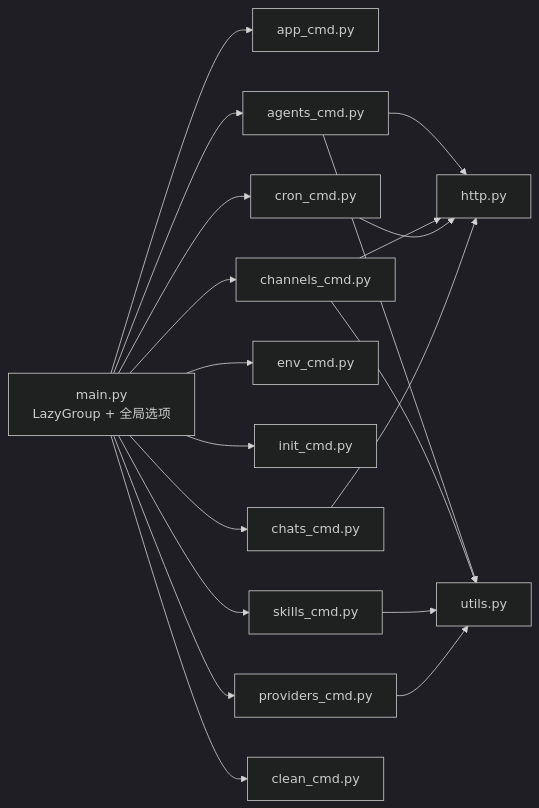
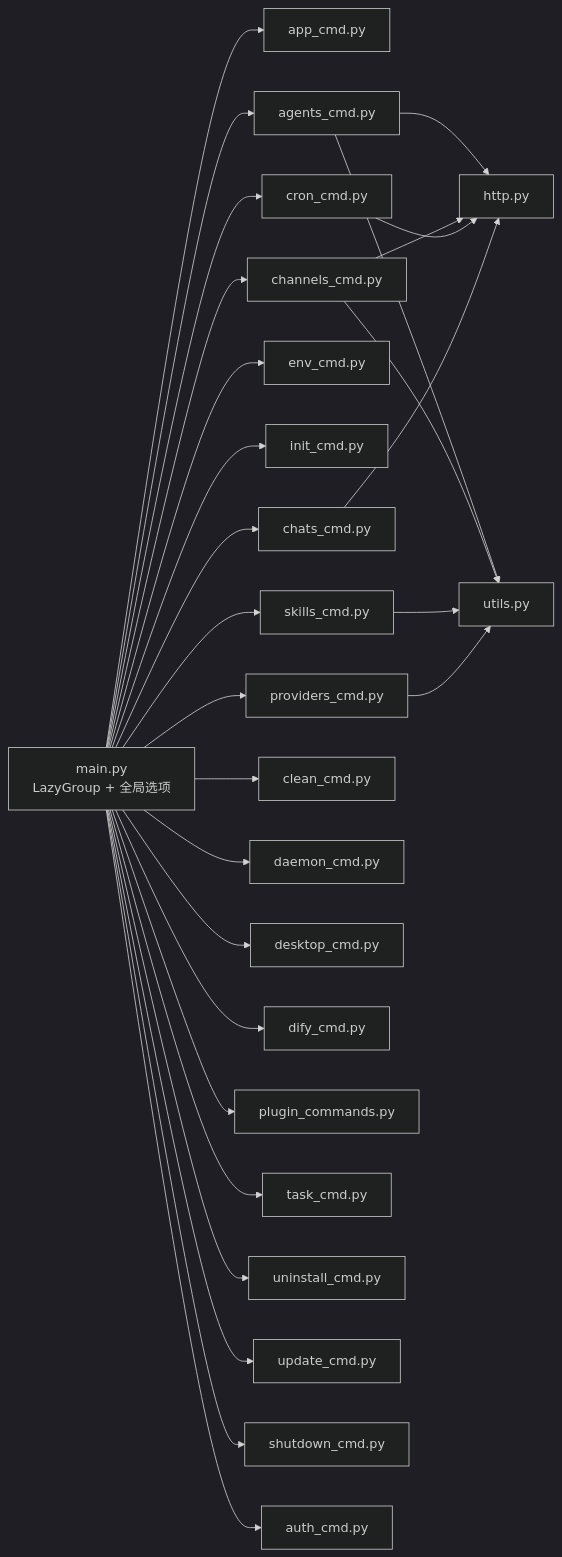
The third of 3 diagrams in .qoder/repowiki/zh/content/API 参考/命令行接口.md (joezxh/CoPaw), drawn with Mermaid (dark theme) before and after one commit. The commit also changed other lines of this file and 117 other files, not shown here.

````diff
--- a/.qoder/repowiki/zh/content/API 参考/命令行接口.md
+++ b/.qoder/repowiki/zh/content/API 参考/命令行接口.md
@@ -313,21 +414,30 @@
 ```mermaid
 graph LR
 MAIN["main.py<br/>LazyGroup + 全局选项"] --> APP["app_cmd.py"]
 MAIN --> AG["agents_cmd.py"]
 MAIN --> CH["channels_cmd.py"]
 MAIN --> CR["cron_cmd.py"]
 MAIN --> ENV["env_cmd.py"]
 MAIN --> INIT["init_cmd.py"]
 MAIN --> SK["skills_cmd.py"]
 MAIN --> PV["providers_cmd.py"]
 MAIN --> CJ["chats_cmd.py"]
 MAIN --> CL["clean_cmd.py"]
+MAIN --> DA["daemon_cmd.py"]
+MAIN --> DT["desktop_cmd.py"]
+MAIN --> DF["dify_cmd.py"]
+MAIN --> PL["plugin_commands.py"]
+MAIN --> TK["task_cmd.py"]
+MAIN --> UN["uninstall_cmd.py"]
+MAIN --> UP["update_cmd.py"]
+MAIN --> SD["shutdown_cmd.py"]
+MAIN --> AU["auth_cmd.py"]
 AG --> HTTP["http.py"]
 CH --> HTTP
 CR --> HTTP
 CJ --> HTTP
 AG --> UTIL["utils.py"]
 CH --> UTIL
 SK --> UTIL
 PV --> UTIL
 ```
````
